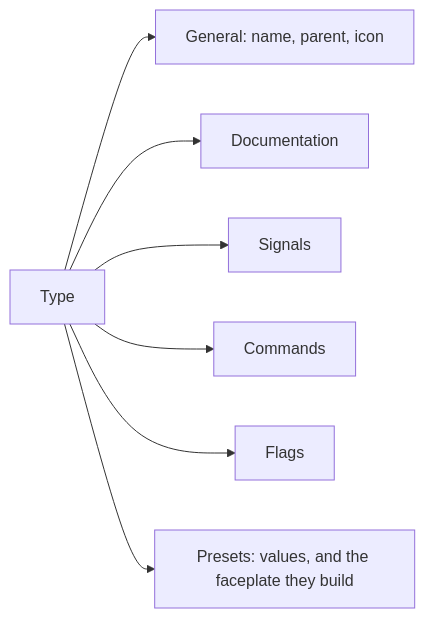
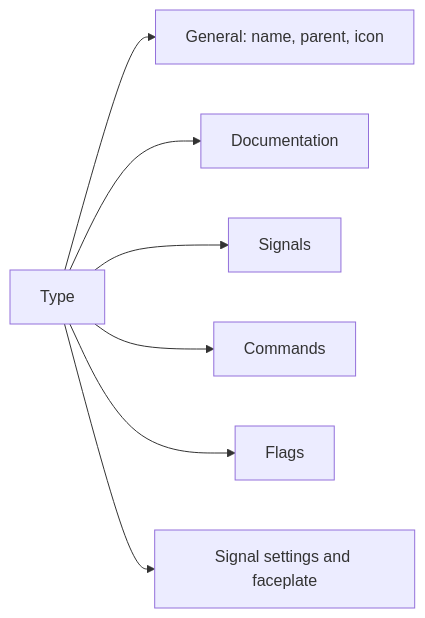
One commit to AlexandreGallais/synoptic-studio-spec changed the tenth of 50 diagrams in metadata/draft.md. Above: the diagram before and after it, drawn with Mermaid. The commit also changed other lines of this file and 65 other files, not shown here.

````diff
--- a/metadata/draft.md
+++ b/metadata/draft.md
@@ -201,9 +201,9 @@
 ```mermaid
 flowchart LR
     T[Type] --> G[General: name, parent, icon]
     T --> DO[Documentation]
     T --> P[Signals]
     T --> C[Commands]
     T --> F[Flags]
-    T --> R[Presets: values, and the faceplate they build]
+    T --> R[Signal settings and faceplate]
 ```
````
